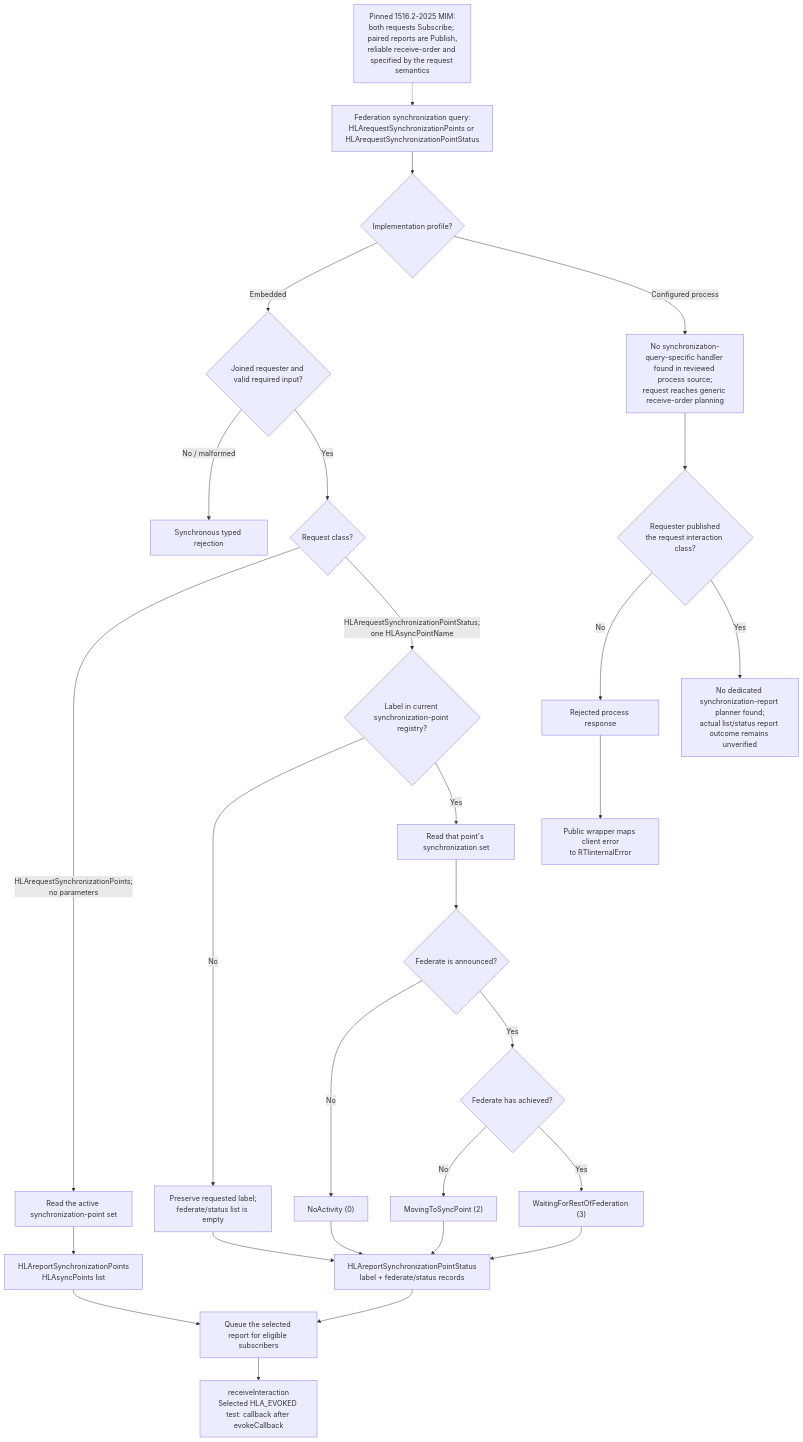
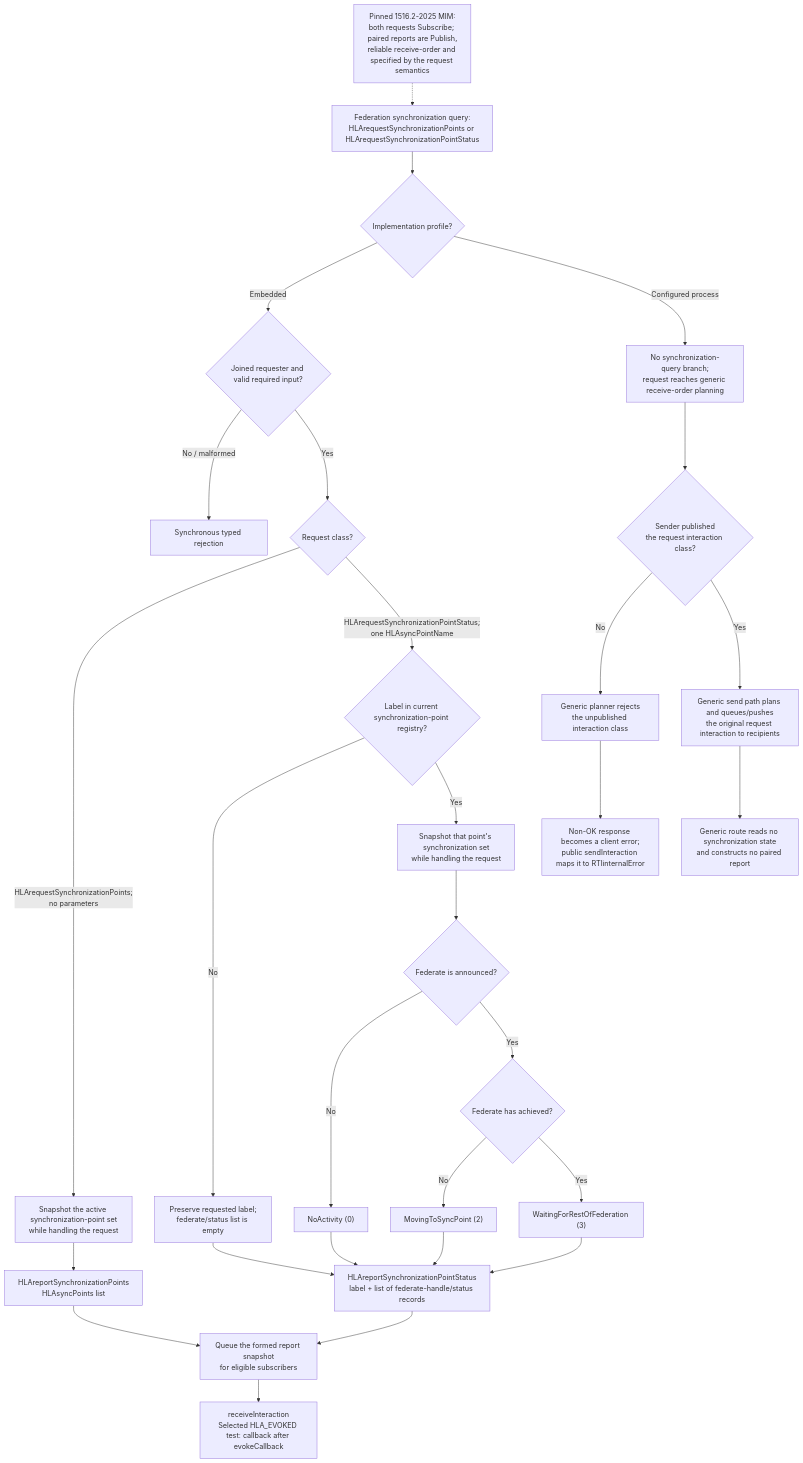
One commit to sheepfling/umbra changed diagram 27 of 27 in docs/design/HLA-2025-FEDERATION-MOM-FLOW-GUIDE.md. Above: the diagram before and after it, drawn with Mermaid. The commit also changed other lines of this file and 39 other files, not shown here.

Commit message:
Document IEEE 1516.1-2025 behavior flows

````diff
--- a/docs/design/HLA-2025-FEDERATION-MOM-FLOW-GUIDE.md
+++ b/docs/design/HLA-2025-FEDERATION-MOM-FLOW-GUIDE.md
@@ -986,32 +2094,33 @@
 ```mermaid
 flowchart TD
   Request["Federation synchronization query:<br/>HLArequestSynchronizationPoints or HLArequestSynchronizationPointStatus"] --> Profile{"Implementation profile?"}
   MIM["Pinned 1516.2-2025 MIM:<br/>both requests Subscribe; paired reports are Publish,<br/>reliable receive-order and specified by the request semantics"] -.-> Request
 
   Profile -->|Embedded| Validate{"Joined requester and valid required input?"}
   Validate -->|"No / malformed"| Reject["Synchronous typed rejection"]
   Validate -->|"Yes"| Query{"Request class?"}
-  Query -->|"HLArequestSynchronizationPoints;<br/>no parameters"| ReadList["Read the active synchronization-point set"]
+  Query -->|"HLArequestSynchronizationPoints;<br/>no parameters"| ReadList["Snapshot the active synchronization-point set<br/>while handling the request"]
   ReadList --> ListReport["HLAreportSynchronizationPoints<br/>HLAsyncPoints list"]
   Query -->|"HLArequestSynchronizationPointStatus;<br/>one HLAsyncPointName"| Lookup{"Label in current synchronization-point registry?"}
   Lookup -->|"No"| Empty["Preserve requested label;<br/>federate/status list is empty"]
-  Lookup -->|"Yes"| Roster["Read that point's synchronization set"]
+  Lookup -->|"Yes"| Roster["Snapshot that point's synchronization set<br/>while handling the request"]
   Roster --> Announced{"Federate is announced?"}
   Announced -->|"No"| NoActivity["NoActivity (0)"]
   Announced -->|"Yes"| Achieved{"Federate has achieved?"}
   Achieved -->|"No"| Moving["MovingToSyncPoint (2)"]
   Achieved -->|"Yes"| Waiting["WaitingForRestOfFederation (3)"]
-  Empty --> StatusReport["HLAreportSynchronizationPointStatus<br/>label + federate/status records"]
+  Empty --> StatusReport["HLAreportSynchronizationPointStatus<br/>label + list of federate-handle/status records"]
   NoActivity --> StatusReport
   Moving --> StatusReport
   Waiting --> StatusReport
-  ListReport --> Route["Queue the selected report for eligible subscribers"]
+  ListReport --> Route["Queue the formed report snapshot<br/>for eligible subscribers"]
   StatusReport --> Route
   Route --> Callback["receiveInteraction<br/>Selected HLA_EVOKED test: callback after evokeCallback"]
 
-  Profile -->|Configured process| ProcessRoute["No synchronization-query-specific handler found in reviewed process source;<br/>request reaches generic receive-order planning"]
-  ProcessRoute --> Published{"Requester published<br/>the request interaction class?"}
-  Published -->|No| ProtocolReject["Rejected process response"]
-  ProtocolReject --> PublicError["Public wrapper maps client error<br/>to RTIinternalError"]
-  Published -->|Yes| ProcessUnknown["No dedicated synchronization-report planner found;<br/>actual list/status report outcome remains unverified"]
+  Profile -->|Configured process| ProcessRoute["No synchronization-query branch;<br/>request reaches generic receive-order planning"]
+  ProcessRoute --> Published{"Sender published<br/>the request interaction class?"}
+  Published -->|No| ProtocolReject["Generic planner rejects<br/>the unpublished interaction class"]
+  ProtocolReject --> PublicError["Non-OK response becomes a client error;<br/>public sendInteraction maps it to RTIinternalError"]
+  Published -->|Yes| ProcessFanout["Generic send path plans and queues/pushes<br/>the original request interaction to recipients"]
+  ProcessFanout --> NoReport["Generic route reads no synchronization state<br/>and constructs no paired report"]
 ```
````
